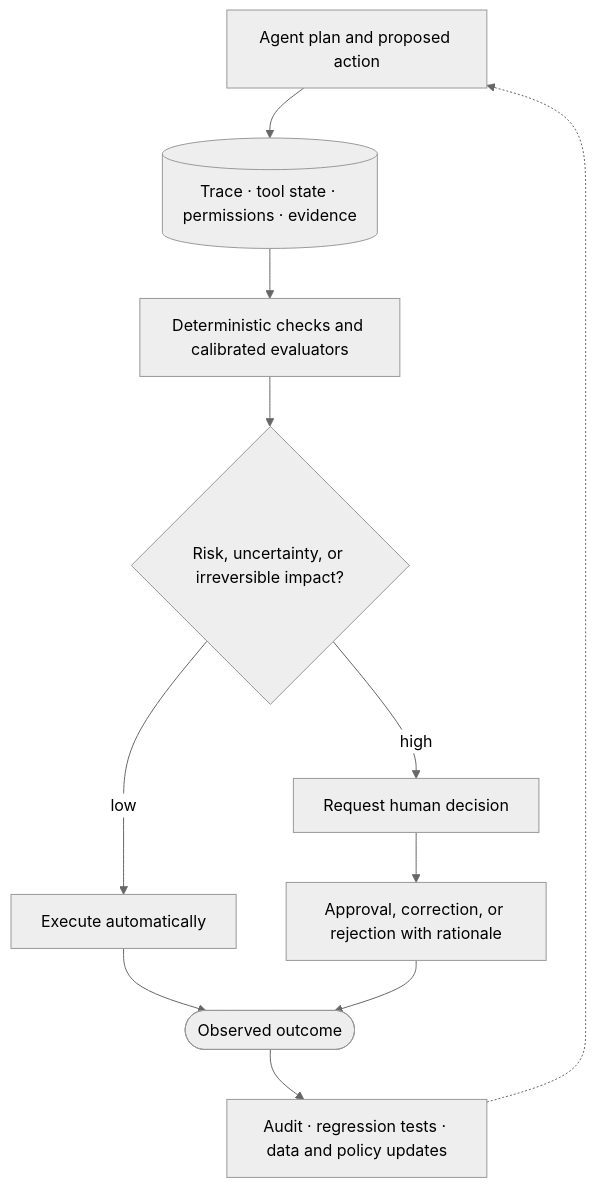
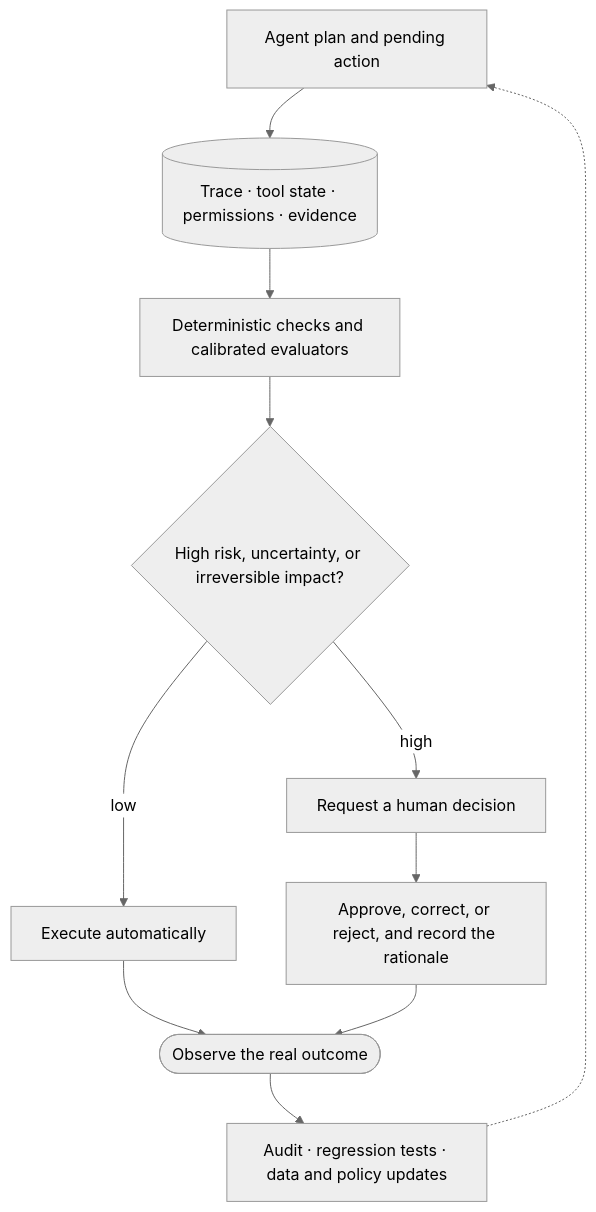
The second of 2 diagrams in 06-systems/README.en.md (tianyi-zhang-02/cooking-agi), drawn with Mermaid (neutral theme) before and after one commit. The commit also changed other lines of this file and 57 other files, not shown here.

````diff
--- a/06-systems/README.en.md
+++ b/06-systems/README.en.md
@@ -148,13 +202,13 @@
 ```mermaid
 flowchart TB
-    A["Agent plan and proposed action"] --> B[("Trace · tool state · permissions · evidence")]
+    A["Agent plan and pending action"] --> B[("Trace · tool state · permissions · evidence")]
     B --> C["Deterministic checks and calibrated evaluators"]
-    C --> D{"Risk, uncertainty, or irreversible impact?"}
+    C --> D{"High risk, uncertainty, or irreversible impact?"}
     D -- "low" --> E["Execute automatically"]
-    D -- "high" --> F["Request human decision"]
-    F --> G["Approval, correction, or rejection with rationale"]
-    E --> H(["Observed outcome"])
+    D -- "high" --> F["Request a human decision"]
+    F --> G["Approve, correct, or reject, and record the rationale"]
+    E --> H(["Observe the real outcome"])
     G --> H
     H --> I["Audit · regression tests · data and policy updates"]
     I -.-> A
 ```
````
